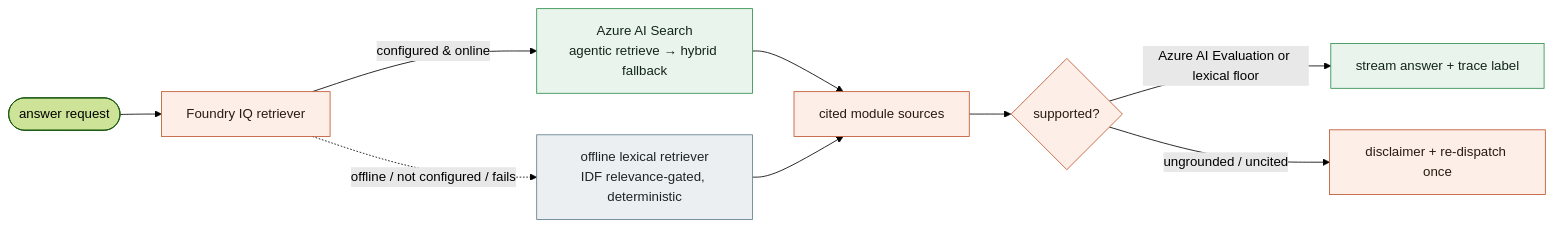
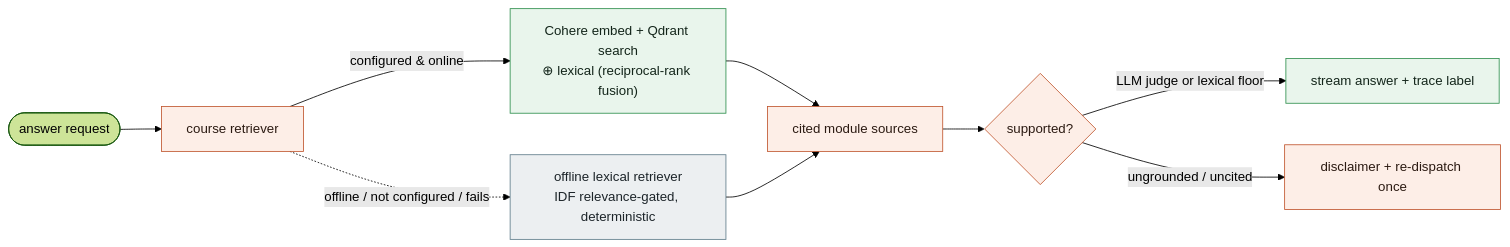
One commit to NithishaVenkatesh/athenaeum-multi-agent-system changed the seventh of 10 diagrams in README.md. Above: the diagram before and after it, drawn with Mermaid (forest theme). The commit also changed other lines of this file and 65 other files, not shown here.

````diff
--- a/README.md
+++ b/README.md
@@ -345,15 +345,15 @@
 ```mermaid
 flowchart LR
     classDef live fill:#e9f5ec,stroke:#2f8f4e,color:#13251a
     classDef off fill:#eceff1,stroke:#607d8b,color:#1c2429
     classDef chk fill:#fdeee7,stroke:#c0562f,color:#2b1a12
 
-    Q(["answer request"]) --> R["Foundry IQ retriever"]:::chk
-    R -->|"configured & online"| AZ["Azure AI Search<br/>agentic retrieve → hybrid fallback"]:::live
+    Q(["answer request"]) --> R["course retriever"]:::chk
+    R -->|"configured & online"| AZ["Cohere embed + Qdrant search<br/>⊕ lexical (reciprocal-rank fusion)"]:::live
     R -.->|"offline / not configured / fails"| LEX["offline lexical retriever<br/>IDF relevance-gated, deterministic"]:::off
     AZ --> CITE["cited module sources"]:::chk
     LEX --> CITE
     CITE --> V{"supported?"}:::chk
-    V -->|"Azure AI Evaluation or lexical floor"| OUT["stream answer + trace label"]:::live
+    V -->|"LLM judge or lexical floor"| OUT["stream answer + trace label"]:::live
     V -->|"ungrounded / uncited"| REF["disclaimer + re-dispatch once"]:::chk
 ```
````
